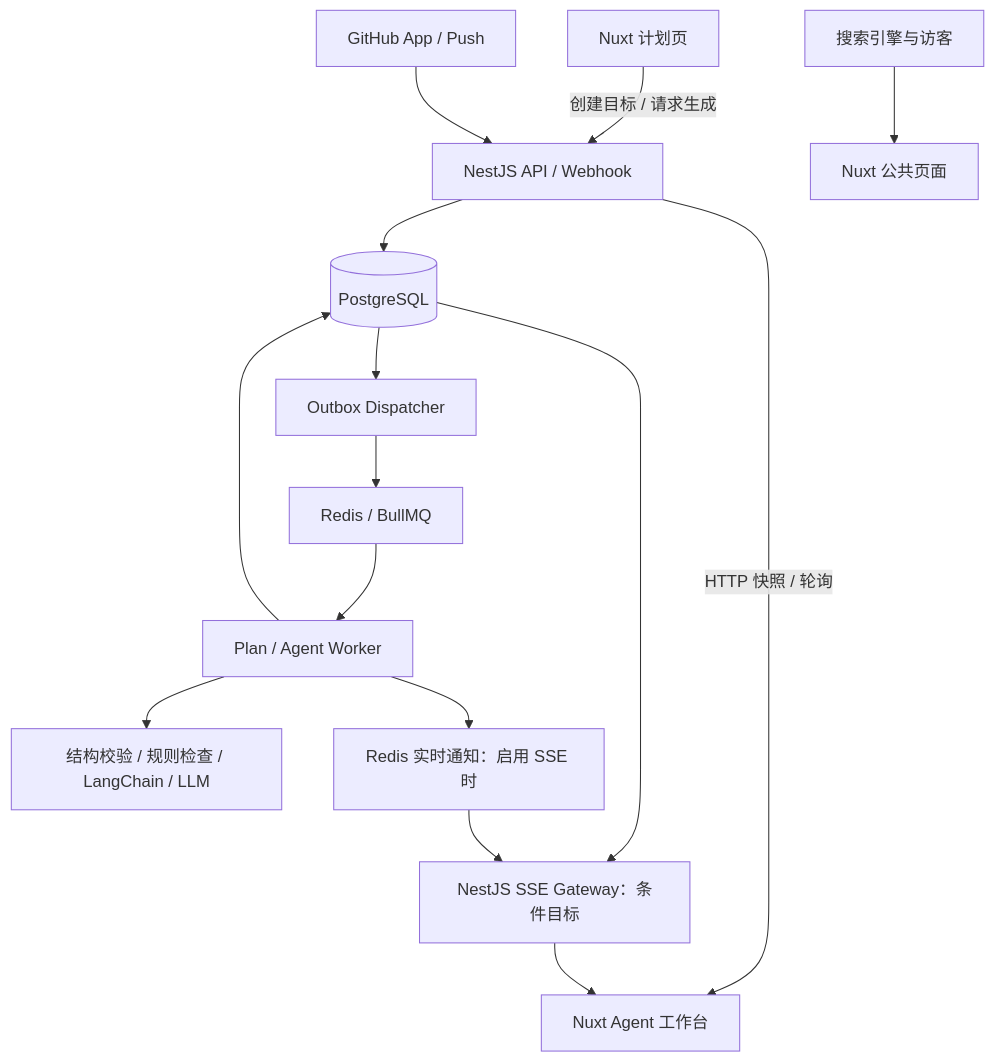
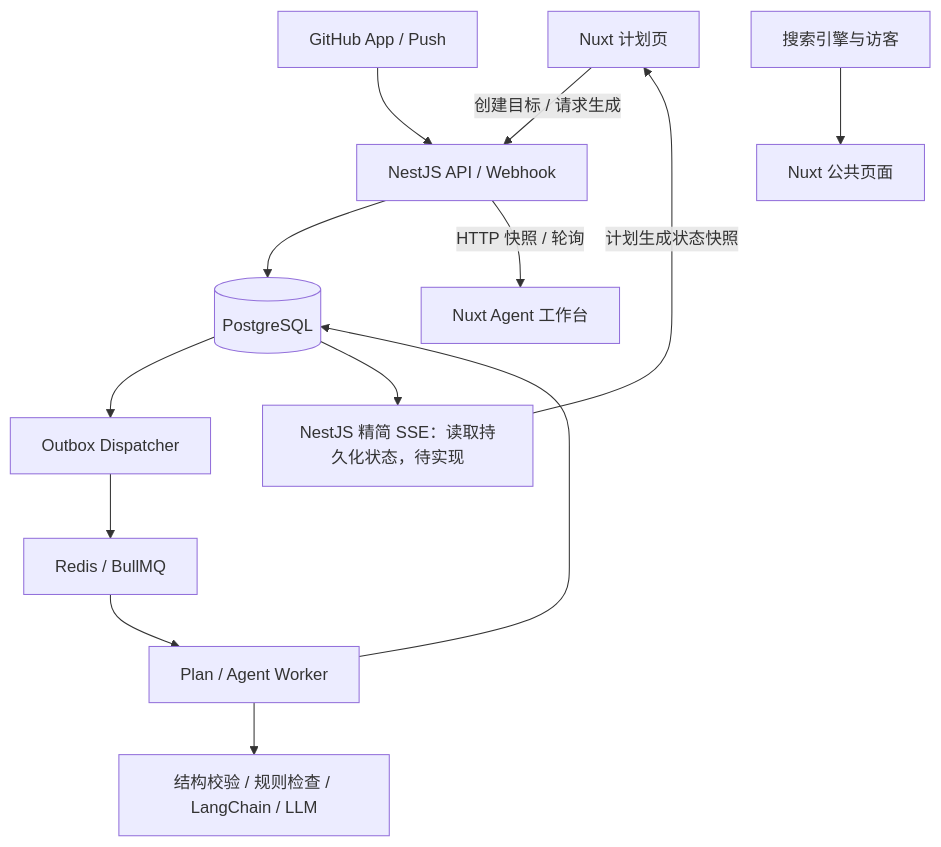
One commit to Gerden31145/KnowledgeOps-Agent changed the third of 3 diagrams in docs/KnowledgeOps-Agent-9月求职版PRD.md. Above: the diagram before and after it, drawn with Mermaid. The commit also changed other lines of this file and 3 other files, not shown here.

````diff
--- a/docs/KnowledgeOps-Agent-9月求职版PRD.md
+++ b/docs/KnowledgeOps-Agent-9月求职版PRD.md
@@ -514,17 +514,15 @@
 ```mermaid
 flowchart TD
     P[Nuxt 计划页] -->|创建目标 / 请求生成| B[NestJS API / Webhook]
     A[GitHub App / Push] --> B
     B --> C[(PostgreSQL)]
     B -->|HTTP 快照 / 轮询| J[Nuxt Agent 工作台]
     C --> D[Outbox Dispatcher]
     D --> E[Redis / BullMQ]
     E --> F[Plan / Agent Worker]
     F --> G[结构校验 / 规则检查 / LangChain / LLM]
     F --> C
-    F --> H[Redis 实时通知：启用 SSE 时]
-    C --> I[NestJS SSE Gateway：条件目标]
-    H --> I
-    I --> J
+    C --> I[NestJS 精简 SSE：读取持久化状态，待实现]
+    I -->|计划生成状态快照| P
     K[搜索引擎与访客] --> L[Nuxt 公共页面]
 ```
````
